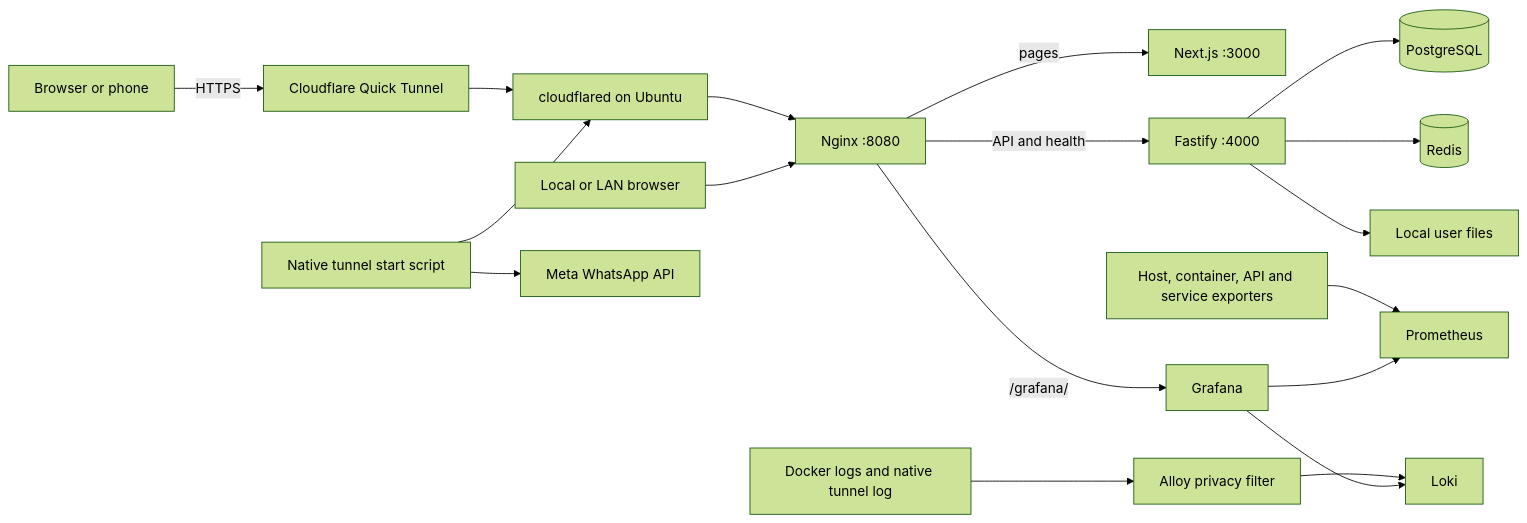
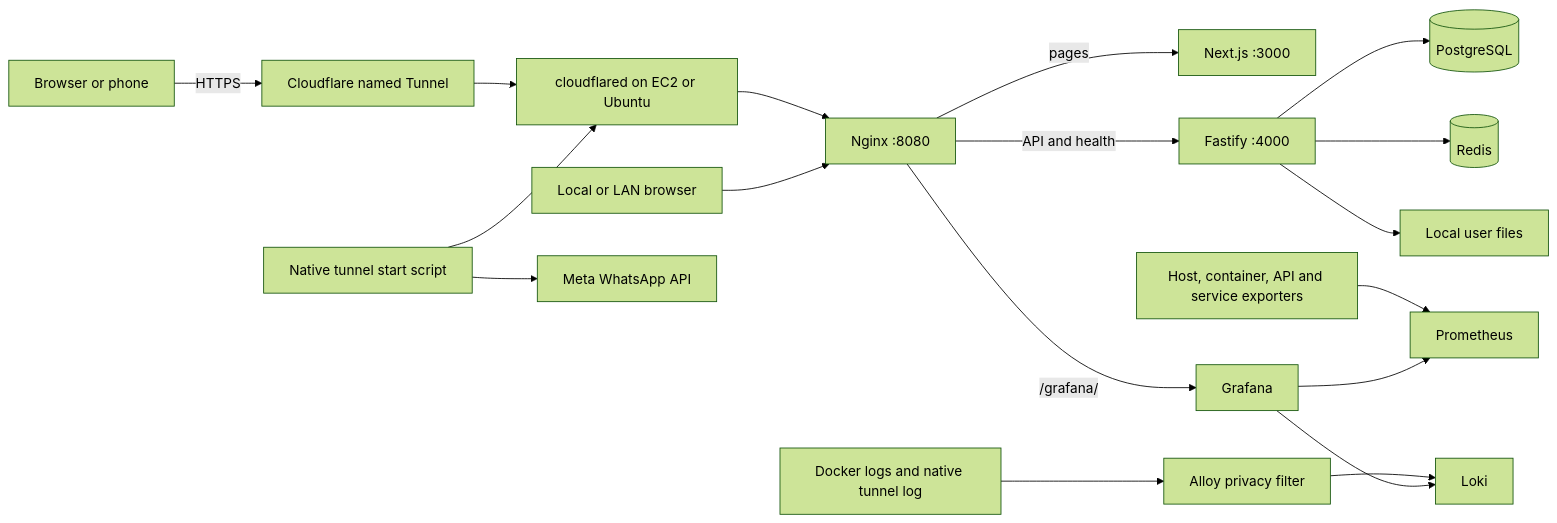
Before and after one commit to Aneeb-Kashif2/private-cloud: the diagram in PROJECT_OVERVIEW.md, drawn with Mermaid (forest theme). The commit also changed other lines of this file and 3 other files, not shown here.

````diff
--- a/PROJECT_OVERVIEW.md
+++ b/PROJECT_OVERVIEW.md
@@ -12,20 +13,20 @@
 ```mermaid
 flowchart LR
-    Phone[Browser or phone] -->|HTTPS| CF[Cloudflare Quick Tunnel]
-    CF --> T[cloudflared on Ubuntu]
+    Phone[Browser or phone] -->|HTTPS| CF[Cloudflare named Tunnel]
+    CF --> T[cloudflared on EC2 or Ubuntu]
     T --> N[Nginx :8080]
     LAN[Local or LAN browser] --> N
     N -->|pages| F[Next.js :3000]
     N -->|API and health| A[Fastify :4000]
     A --> DB[(PostgreSQL)]
     A --> R[(Redis)]
     A --> D[Local user files]
     N -->|/grafana/| G[Grafana]
     Metrics[Host, container, API and service exporters] --> P[Prometheus]
     Logs[Docker logs and native tunnel log] --> Alloy[Alloy privacy filter]
     Alloy --> L[Loki]
     G --> P
     G --> L
     Start[Native tunnel start script] --> T
     Start --> WA[Meta WhatsApp API]
 ```
````
